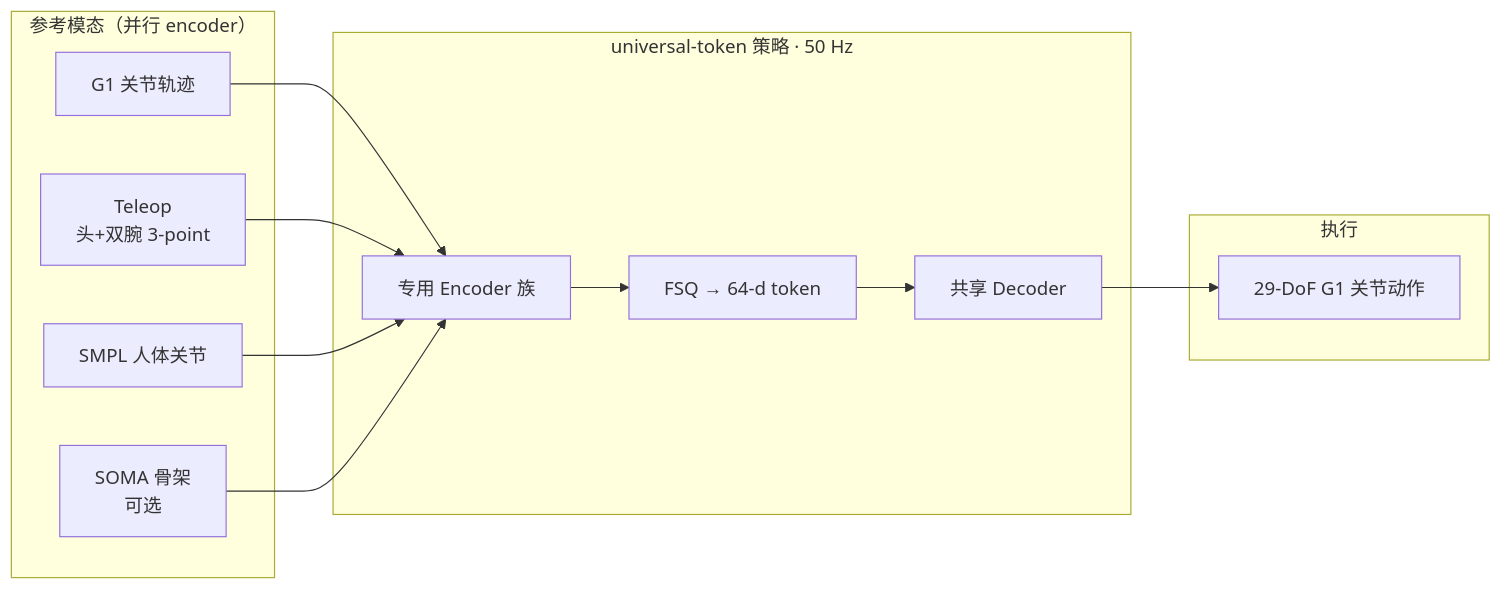
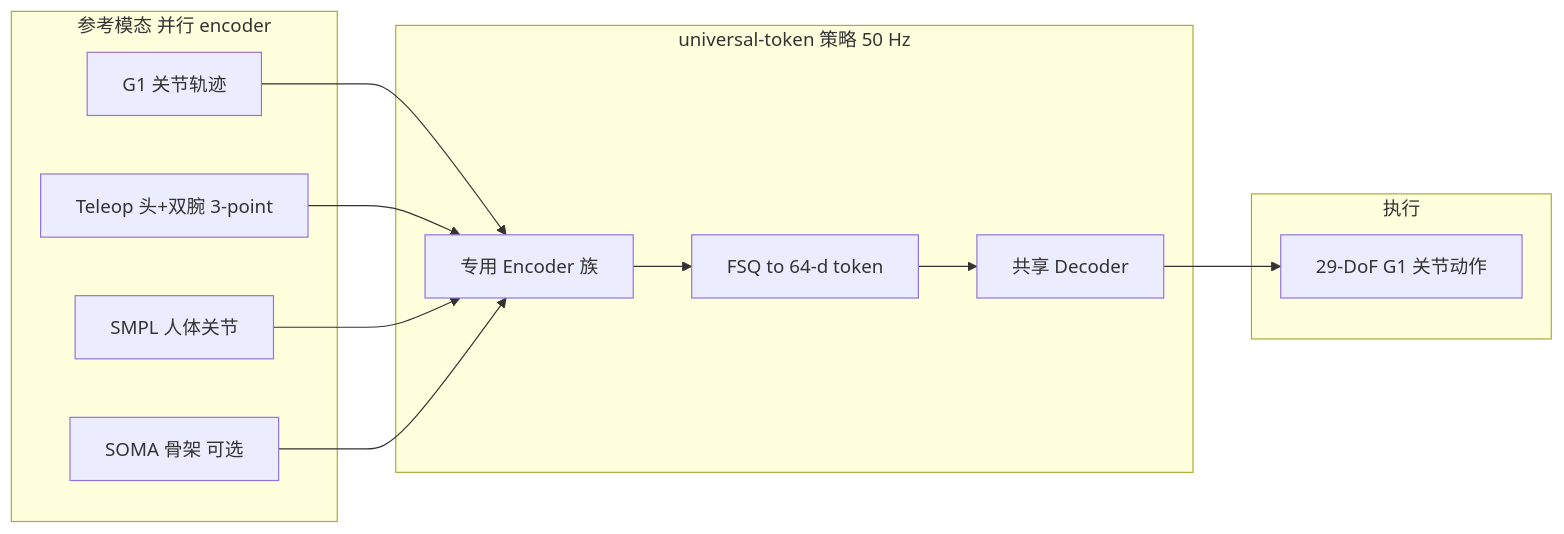
Before and after one commit to ImChong/Robotics_Notebooks: the fourth of 5 diagrams in wiki/methods/sonic-motion-tracking.md, drawn with Mermaid. The commit also changed other lines of this file, not shown here.

First line of the commit message:
fix(wiki): 修复 SONIC 模块边界 Mermaid 语法

````diff
--- a/wiki/methods/sonic-motion-tracking.md
+++ b/wiki/methods/sonic-motion-tracking.md
@@ -300,25 +300,25 @@
 ```mermaid
 flowchart LR
-  subgraph inputs["参考模态（并行 encoder）"]
-    I1[G1 关节轨迹]
-    I2[Teleop<br/>头+双腕 3-point]
-    I3[SMPL 人体关节]
-    I4[SOMA 骨架<br/>可选]
+  subgraph inputs["参考模态 并行 encoder"]
+    I1["G1 关节轨迹"]
+    I2["Teleop 头+双腕 3-point"]
+    I3["SMPL 人体关节"]
+    I4["SOMA 骨架 可选"]
   end
 
-  subgraph core["universal-token 策略 · 50 Hz"]
-    ENC[专用 Encoder 族]
-    FSQN[FSQ → 64-d token]
-    DEC[共享 Decoder]
+  subgraph core["universal-token 策略 50 Hz"]
+    ENC["专用 Encoder 族"]
+    FSQN["FSQ to 64-d token"]
+    DEC["共享 Decoder"]
   end
 
   subgraph out["执行"]
-    ACT[29-DoF G1 关节动作]
+    ACT["29-DoF G1 关节动作"]
   end
 
   I1 --> ENC
   I2 --> ENC
   I3 --> ENC
   I4 --> ENC
   ENC --> FSQN --> DEC --> ACT
 ```
````
